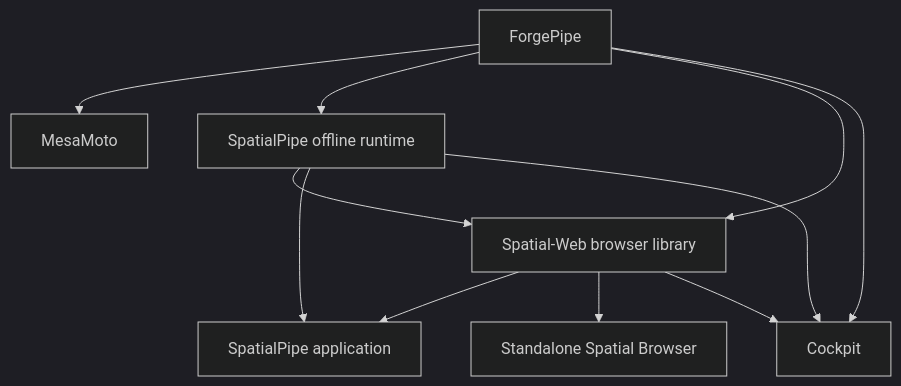
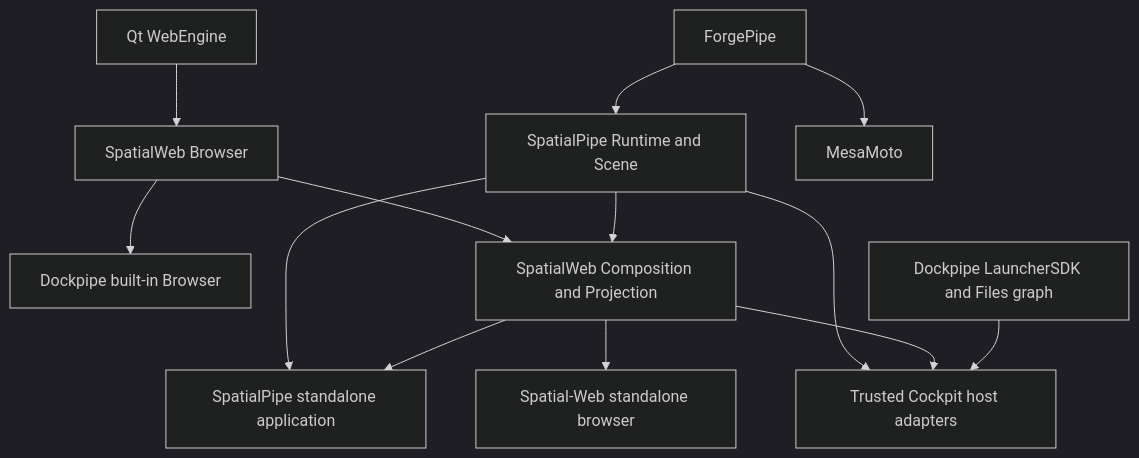
The diagram in docs/architecture/forgepipe/README.md (Dockpipe-Industries/dockpipe), drawn with Mermaid (dark theme) before and after one commit. The commit also changed other lines of this file and 83 other files, not shown here.

First line of the commit message:
checkpoint(runtime): Consume pinned Browser SDK and migrate host graph with LauncherSDK1.1

````diff
--- a/docs/architecture/forgepipe/README.md
+++ b/docs/architecture/forgepipe/README.md
@@ -20,13 +20,15 @@
 ```mermaid
 flowchart TD
+    Qt[Qt WebEngine] --> Ordinary[SpatialWeb Browser]
+    Ordinary --> DockpipeBrowser[Dockpipe built-in Browser]
+    Ordinary --> Projection[SpatialWeb Composition and Projection]
+    ForgePipe --> Scene[SpatialPipe Runtime and Scene]
+    Scene --> Projection
     ForgePipe --> MesaMoto
-    ForgePipe --> SpatialRuntime[SpatialPipe offline runtime]
-    ForgePipe --> WebLibrary[Spatial-Web browser library]
-    SpatialRuntime --> WebLibrary
-    SpatialRuntime --> SpatialApp[SpatialPipe application]
-    WebLibrary --> SpatialApp
-    WebLibrary --> Browser[Standalone Spatial Browser]
-    ForgePipe --> Cockpit
-    SpatialRuntime --> Cockpit
-    WebLibrary --> Cockpit
+    Scene --> SpatialApp[SpatialPipe standalone application]
+    Projection --> SpatialApp
+    Projection --> WebShell[Spatial-Web standalone browser]
+    Scene --> Cockpit[Trusted Cockpit host adapters]
+    Projection --> Cockpit
+    HostSDK[Dockpipe LauncherSDK and Files graph] --> Cockpit
 ```
````
